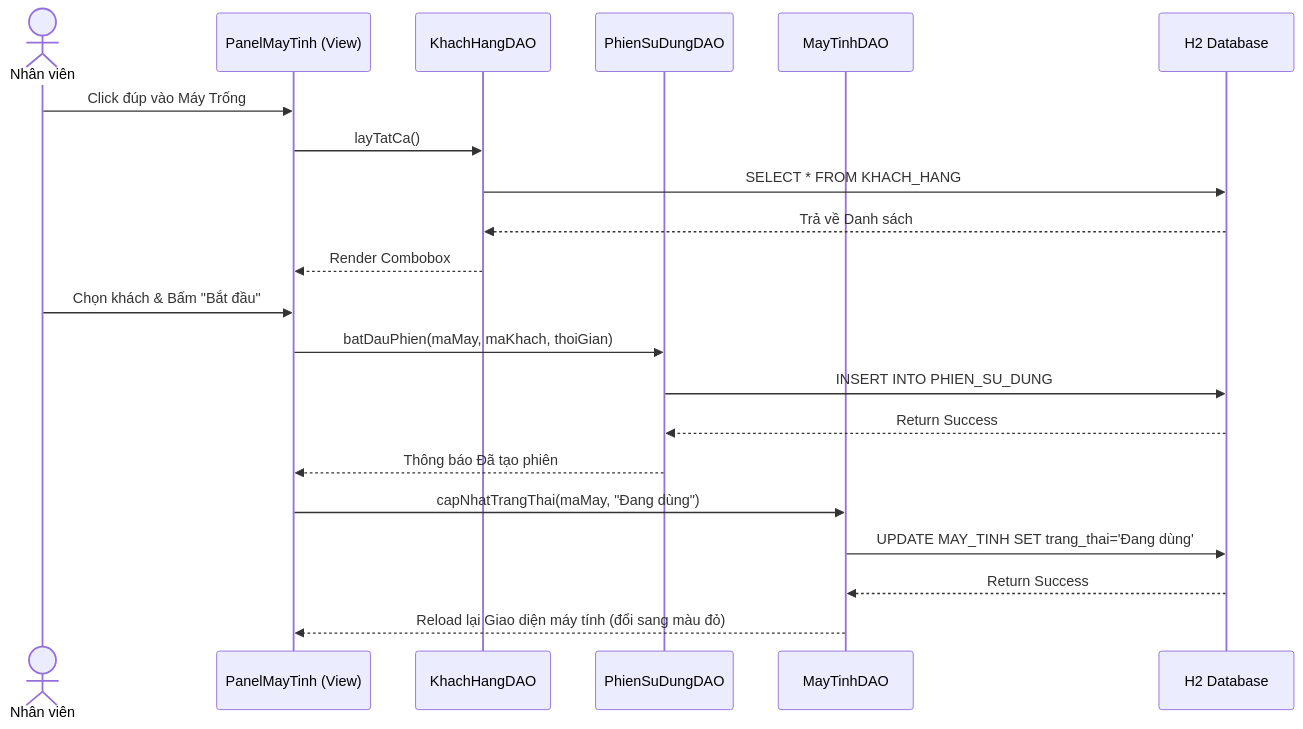
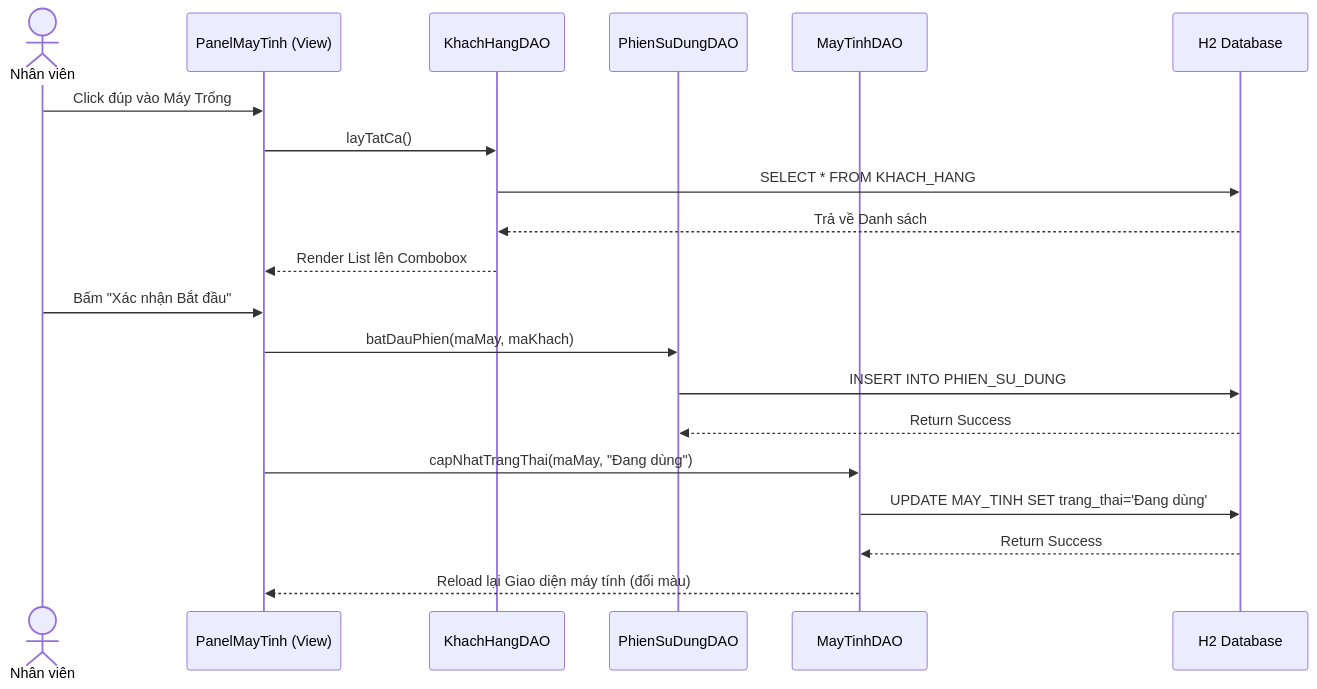
The first of 2 diagrams in BaoCao_SAD_CyberNet/Chuong_2_Phan_Tich.md (phhuyen1109/BTL), drawn with Mermaid before and after one commit. The commit also changed other lines of this file and 3 other files, not shown here.

Commit message:
Cập nhật cấu trúc báo cáo chuẩn xác theo mục lục yêu cầu

````diff
--- a/BaoCao_SAD_CyberNet/Chuong_2_Phan_Tich.md
+++ b/BaoCao_SAD_CyberNet/Chuong_2_Phan_Tich.md
@@ -51,28 +35,26 @@
 ```mermaid
 sequenceDiagram
     actor Staff as Nhân viên
     participant View as PanelMayTinh (View)
     participant DAO_KH as KhachHangDAO
     participant DAO_Phien as PhienSuDungDAO
     participant DAO_May as MayTinhDAO
     participant DB as H2 Database
 
     Staff->>View: Click đúp vào Máy Trống
     View->>DAO_KH: layTatCa()
     DAO_KH->>DB: SELECT * FROM KHACH_HANG
     DB-->>DAO_KH: Trả về Danh sách
-    DAO_KH-->>View: Render Combobox
+    DAO_KH-->>View: Render List lên Combobox
     
-    Staff->>View: Chọn khách & Bấm "Bắt đầu"
-    View->>DAO_Phien: batDauPhien(maMay, maKhach, thoiGian)
+    Staff->>View: Bấm "Xác nhận Bắt đầu"
+    View->>DAO_Phien: batDauPhien(maMay, maKhach)
     DAO_Phien->>DB: INSERT INTO PHIEN_SU_DUNG
     DB-->>DAO_Phien: Return Success
-    
-    DAO_Phien-->>View: Thông báo Đã tạo phiên
     
     View->>DAO_May: capNhatTrangThai(maMay, "Đang dùng")
     DAO_May->>DB: UPDATE MAY_TINH SET trang_thai='Đang dùng'
     DB-->>DAO_May: Return Success
     
-    DAO_May-->>View: Reload lại Giao diện máy tính (đổi sang màu đỏ)
+    DAO_May-->>View: Reload lại Giao diện máy tính (đổi màu)
 ```
````
